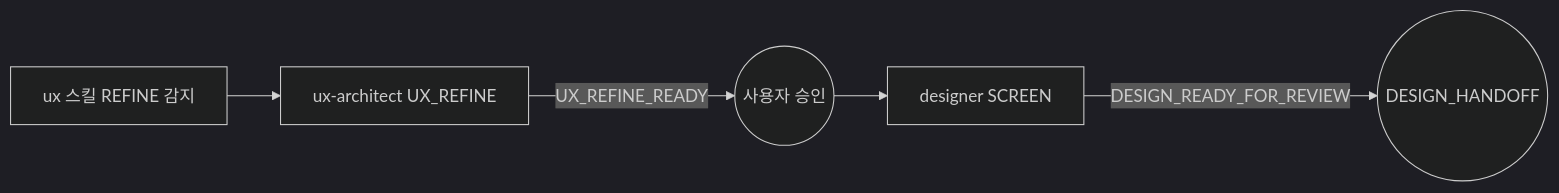
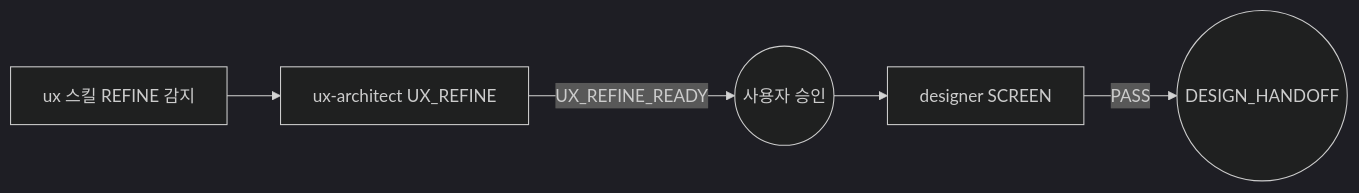
One commit to alruminum/dcNess changed the sixth of 8 diagrams in docs/plugin/orchestration.md. Above: the diagram before and after it, drawn with Mermaid (dark theme). The commit also changed other lines of this file and 17 other files, not shown here.

````diff
--- a/docs/plugin/orchestration.md
+++ b/docs/plugin/orchestration.md
@@ -171,7 +171,7 @@
 ```mermaid
 flowchart LR
     ux[ux 스킬 REFINE 감지] --> uxa[ux-architect UX_REFINE]
     uxa -->|UX_REFINE_READY| user((사용자 승인))
     user --> dr[designer SCREEN]
-    dr -->|DESIGN_READY_FOR_REVIEW| handoff((DESIGN_HANDOFF))
+    dr -->|PASS| handoff((DESIGN_HANDOFF))
 ```
````
